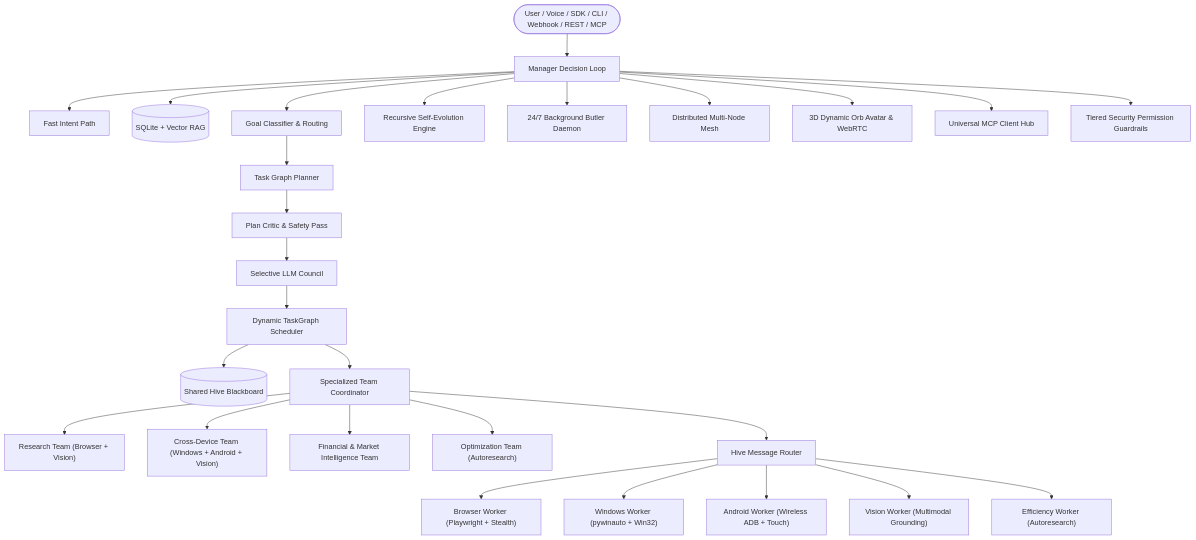
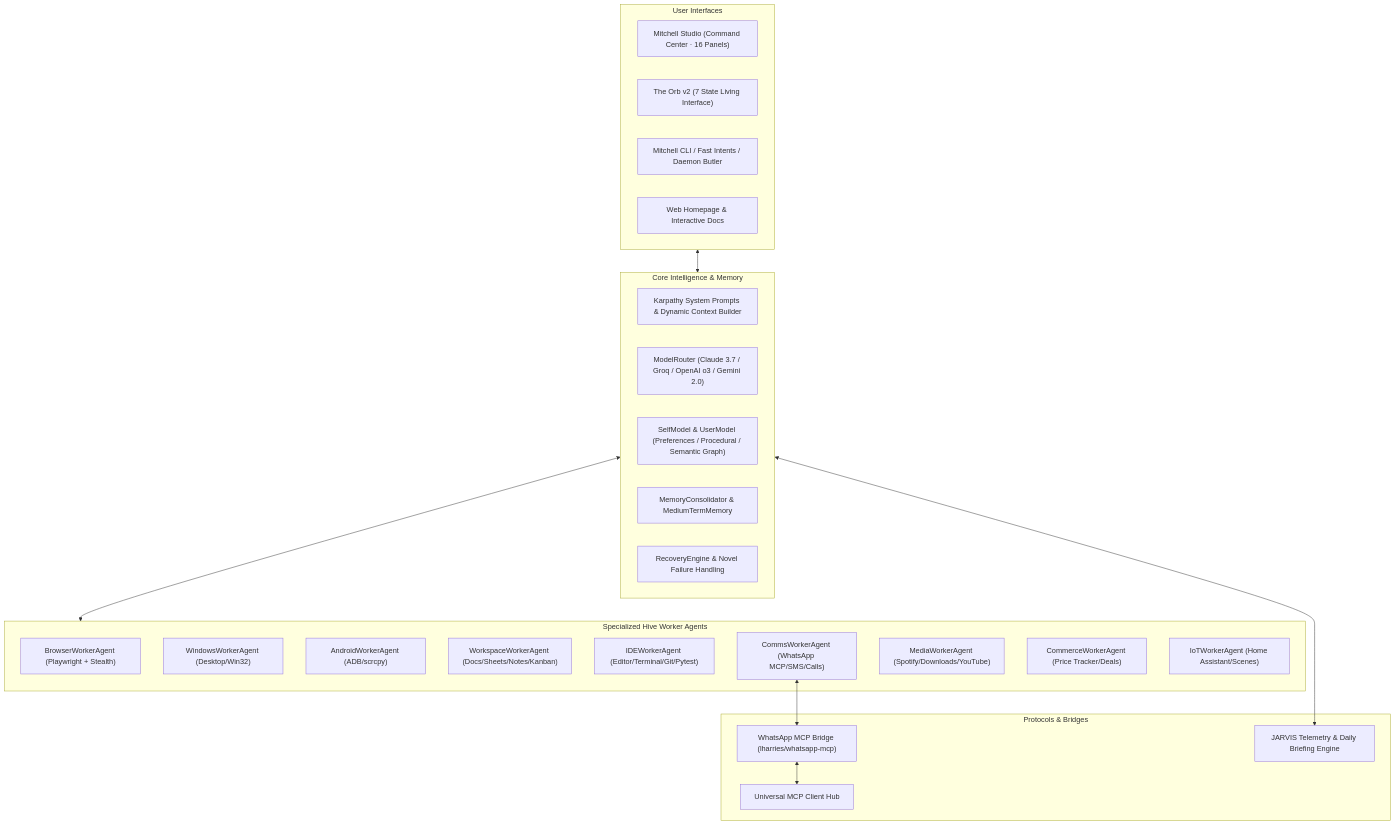
One commit to Sharry2429/mitchell changed the diagram in README.md. Above: the diagram before and after it, drawn with Mermaid. The commit also changed other lines of this file and 92 other files, not shown here.

Commit message:
feat: complete MitchellAI 2026 Peak Proposal, WhatsApp MCP integration, JARVIS telemetry, and Studio command center

````diff
--- a/README.md
+++ b/README.md
@@ -16,33 +17,41 @@
 ```mermaid
-flowchart TD
-    User(["User / Voice / SDK / CLI / Webhook / REST / MCP"]) --> Manager["Manager Decision Loop"]
-    Manager --> FastIntent["Fast Intent Path"]
-    Manager --> MemoryTier[("SQLite + Vector RAG")]
-    Manager --> GoalClassifier["Goal Classifier & Routing"]
-    GoalClassifier --> TaskPlanner["Task Graph Planner"]
-    TaskPlanner --> PlanCritic["Plan Critic & Safety Pass"]
-    PlanCritic --> LLMCouncil["Selective LLM Council"]
-    LLMCouncil --> TaskScheduler["Dynamic TaskGraph Scheduler"]
-    
-    TaskScheduler --> SharedBlackboard[("Shared Hive Blackboard")]
-    TaskScheduler --> TeamCoordinator["Specialized Team Coordinator"]
-    
-    TeamCoordinator --> ResearchTeam["Research Team (Browser + Vision)"]
-    TeamCoordinator --> CrossDeviceTeam["Cross-Device Team (Windows + Android + Vision)"]
-    TeamCoordinator --> FinanceTeam["Financial & Market Intelligence Team"]
-    TeamCoordinator --> OptimizationTeam["Optimization Team (Autoresearch)"]
-    
-    TeamCoordinator --> HiveRouter["Hive Message Router"]
-    HiveRouter --> BrowserWorker["Browser Worker (Playwright + Stealth)"]
-    HiveRouter --> WindowsWorker["Windows Worker (pywinauto + Win32)"]
-    HiveRouter --> AndroidWorker["Android Worker (Wireless ADB + Touch)"]
-    HiveRouter --> VisionWorker["Vision Worker (Multimodal Grounding)"]
-    HiveRouter --> EfficiencyWorker["Efficiency Worker (Autoresearch)"]
-    
-    Manager --> SelfEvolution["Recursive Self-Evolution Engine"]
-    Manager --> DaemonButler["24/7 Background Butler Daemon"]
-    Manager --> MeshCluster["Distributed Multi-Node Mesh"]
-    Manager --> AvatarEngine["3D Dynamic Orb Avatar & WebRTC"]
-    Manager --> MCPHub["Universal MCP Client Hub"]
-    Manager --> SecurityGuard["Tiered Security Permission Guardrails"]
+flowchart TB
+    subgraph UI ["User Interfaces"]
+        Studio["Mitchell Studio (Command Center · 16 Panels)"]
+        Orb["The Orb v2 (7 State Living Interface)"]
+        CLI["Mitchell CLI / Fast Intents / Daemon Butler"]
+        WebDocs["Web Homepage & Interactive Docs"]
+    end
+
+    subgraph Intelligence ["Core Intelligence & Memory"]
+        Prompts["Karpathy System Prompts & Dynamic Context Builder"]
+        Router["ModelRouter (Claude 3.7 / Groq / OpenAI o3 / Gemini 2.0)"]
+        SelfModel["SelfModel & UserModel (Preferences / Procedural / Semantic Graph)"]
+        Consolidator["MemoryConsolidator & MediumTermMemory"]
+        Recovery["RecoveryEngine & Novel Failure Handling"]
+    end
+
+    subgraph Hive ["Specialized Hive Worker Agents"]
+        BrowserWorker["BrowserWorkerAgent (Playwright + Stealth)"]
+        WindowsWorker["WindowsWorkerAgent (Desktop/Win32)"]
+        AndroidWorker["AndroidWorkerAgent (ADB/scrcpy)"]
+        WorkspaceWorker["WorkspaceWorkerAgent (Docs/Sheets/Notes/Kanban)"]
+        IDEWorker["IDEWorkerAgent (Editor/Terminal/Git/Pytest)"]
+        CommsWorker["CommsWorkerAgent (WhatsApp MCP/SMS/Calls)"]
+        MediaWorker["MediaWorkerAgent (Spotify/Downloads/YouTube)"]
+        CommerceWorker["CommerceWorkerAgent (Price Tracker/Deals)"]
+        IoTWorker["IoTWorkerAgent (Home Assistant/Scenes)"]
+    end
+
+    subgraph Integrations ["Protocols & Bridges"]
+        WhatsAppMCP["WhatsApp MCP Bridge (lharries/whatsapp-mcp)"]
+        JARVIS["JARVIS Telemetry & Daily Briefing Engine"]
+        MCPHub["Universal MCP Client Hub"]
+    end
+
+    UI <--> Intelligence
+    Intelligence <--> Hive
+    CommsWorker <--> WhatsAppMCP
+    Intelligence <--> JARVIS
+    WhatsAppMCP <--> MCPHub
 ```
````
